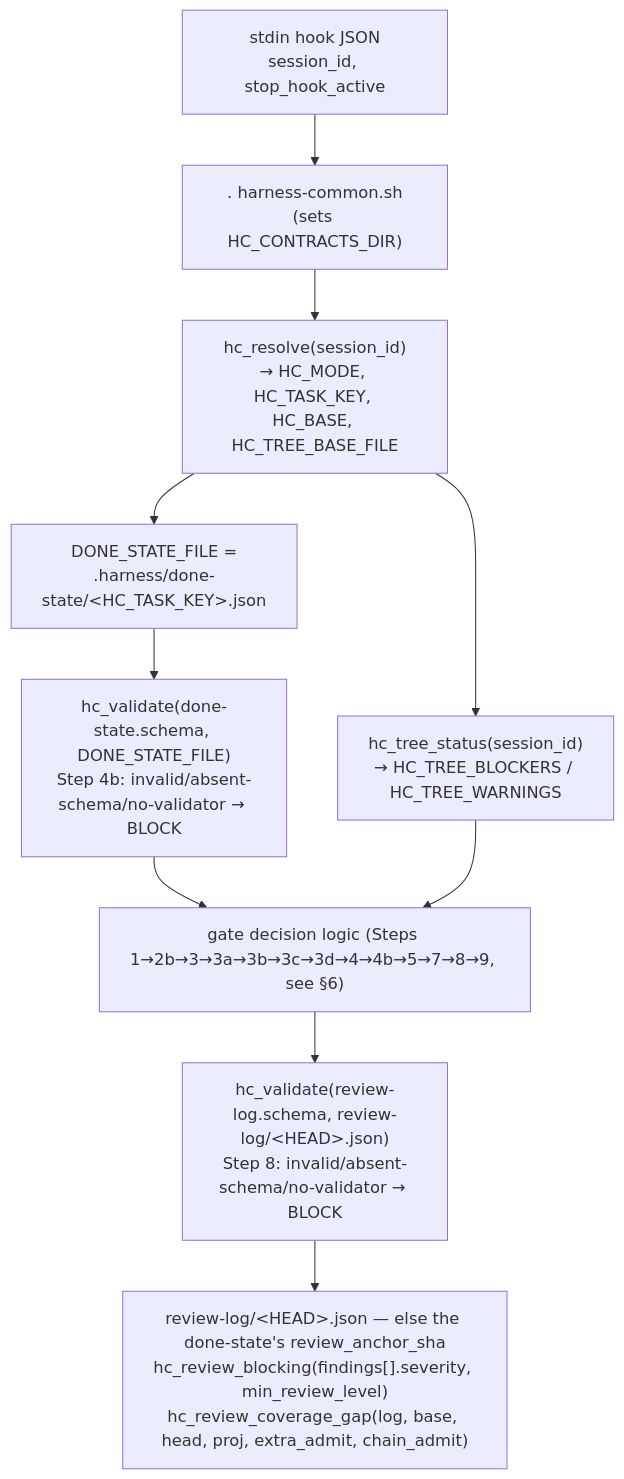
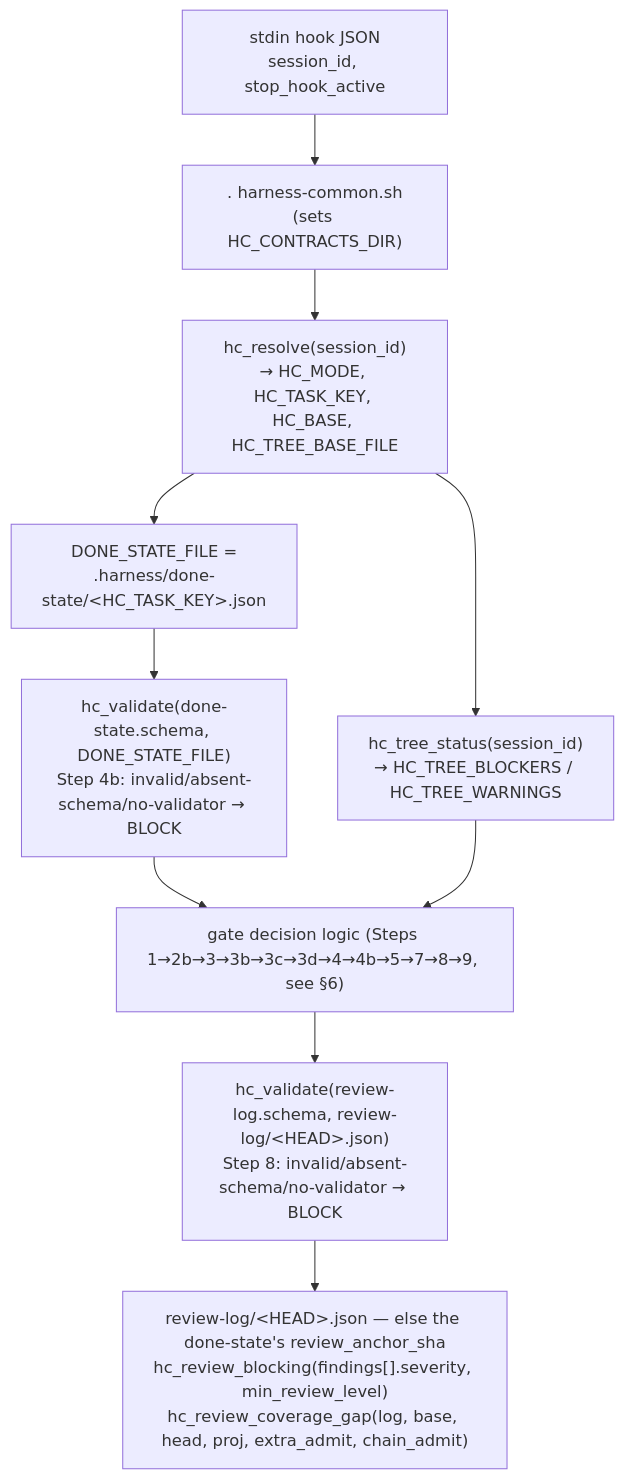
Before and after one commit to pehota/harlo: the fourth of 10 diagrams in docs/architecture.md, drawn with Mermaid. The commit also changed other lines of this file and 24 other files, not shown here.

````diff
--- a/docs/architecture.md
+++ b/docs/architecture.md
@@ -269,12 +269,12 @@
 ```mermaid
 flowchart TD
   IN["stdin hook JSON<br/>session_id, stop_hook_active"] --> SRC[". harness-common.sh<br/>(sets HC_CONTRACTS_DIR)"]
   SRC --> R["hc_resolve(session_id)<br/>→ HC_MODE, HC_TASK_KEY, HC_BASE, HC_TREE_BASE_FILE"]
   R --> KEY["DONE_STATE_FILE =<br/>.harness/done-state/&lt;HC_TASK_KEY&gt;.json"]
   R --> T["hc_tree_status(session_id)<br/>→ HC_TREE_BLOCKERS / HC_TREE_WARNINGS"]
   KEY --> V1["hc_validate(done-state.schema, DONE_STATE_FILE)<br/>Step 4b: invalid/absent-schema/no-validator → BLOCK"]
-  V1 --> DEC["gate decision logic (Steps 1→2b→3→3a→3b→3c→3d→4→4b→5→7→8→9, see §6)"]
+  V1 --> DEC["gate decision logic (Steps 1→2b→3→3b→3c→3d→4→4b→5→7→8→9, see §6)"]
   T --> DEC
   DEC --> V2["hc_validate(review-log.schema, review-log/&lt;HEAD&gt;.json)<br/>Step 8: invalid/absent-schema/no-validator → BLOCK"]
   V2 --> RL["review-log/&lt;HEAD&gt;.json — else the done-state's review_anchor_sha<br/>hc_review_blocking(findings[].severity, min_review_level)<br/>hc_review_coverage_gap(log, base, head, proj, extra_admit, chain_admit)"]
 ```
````
